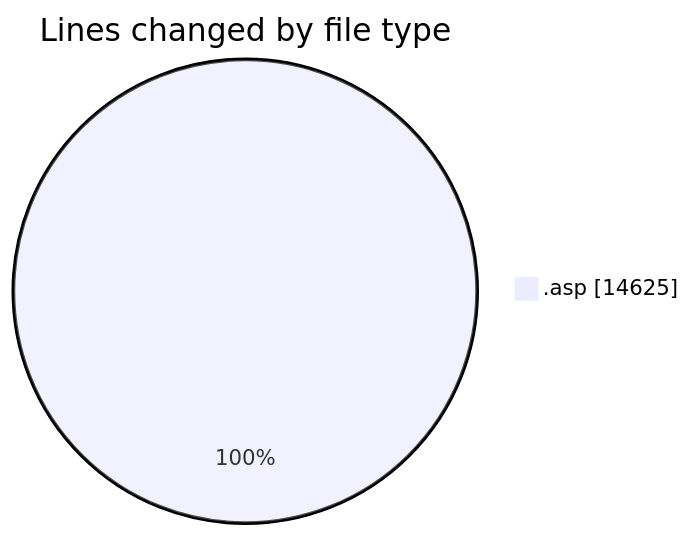
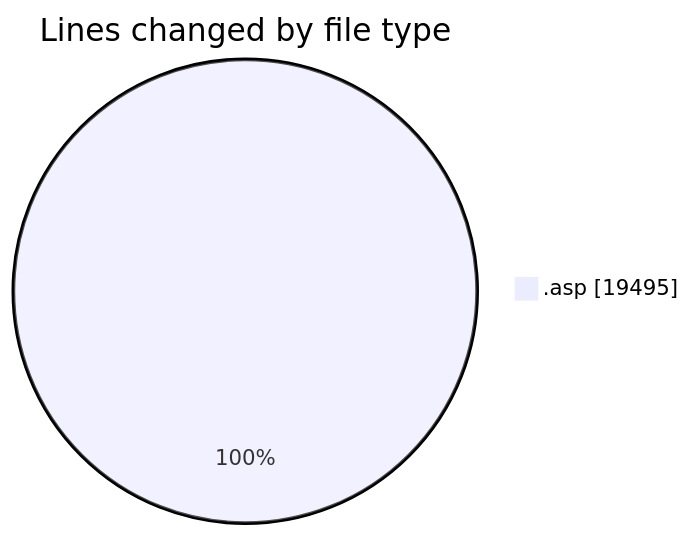
The first of 2 diagrams in 2025-11-18/cdp_aleoudev_fr__workspace_/README.md (julien-gomy/code-tracking), drawn with Mermaid before and after one commit. The commit also changed other lines of this file and 1 other file, not shown here.

````diff
--- a/2025-11-18/cdp_aleoudev_fr__workspace_/README.md
+++ b/2025-11-18/cdp_aleoudev_fr__workspace_/README.md
@@ -32,5 +36,5 @@
 ```mermaid
 pie showData
 title Lines changed by file type
-".asp" : 14625
+".asp" : 19495
 ```
````
